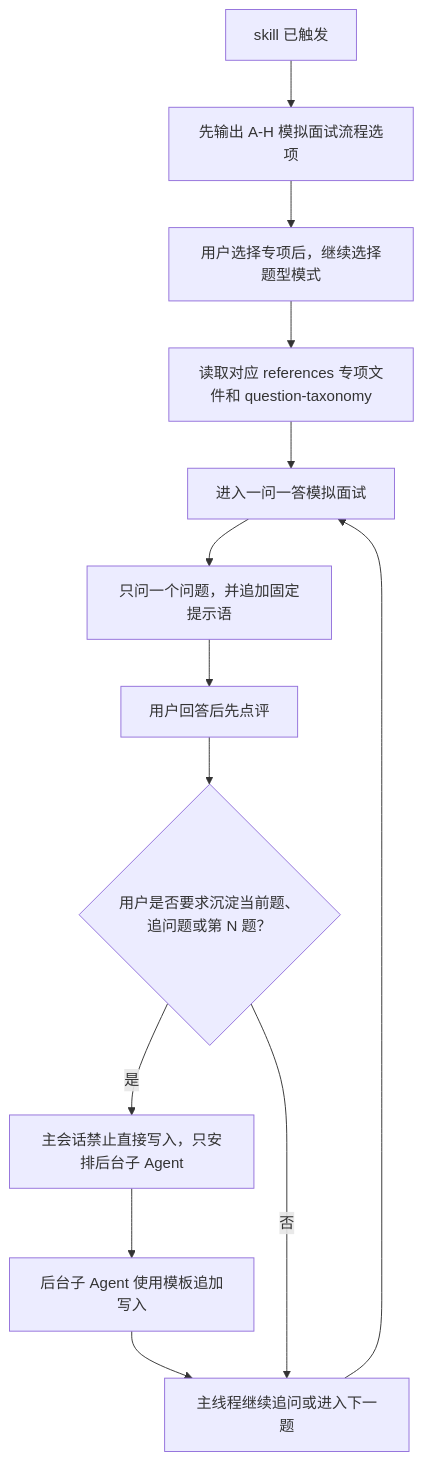
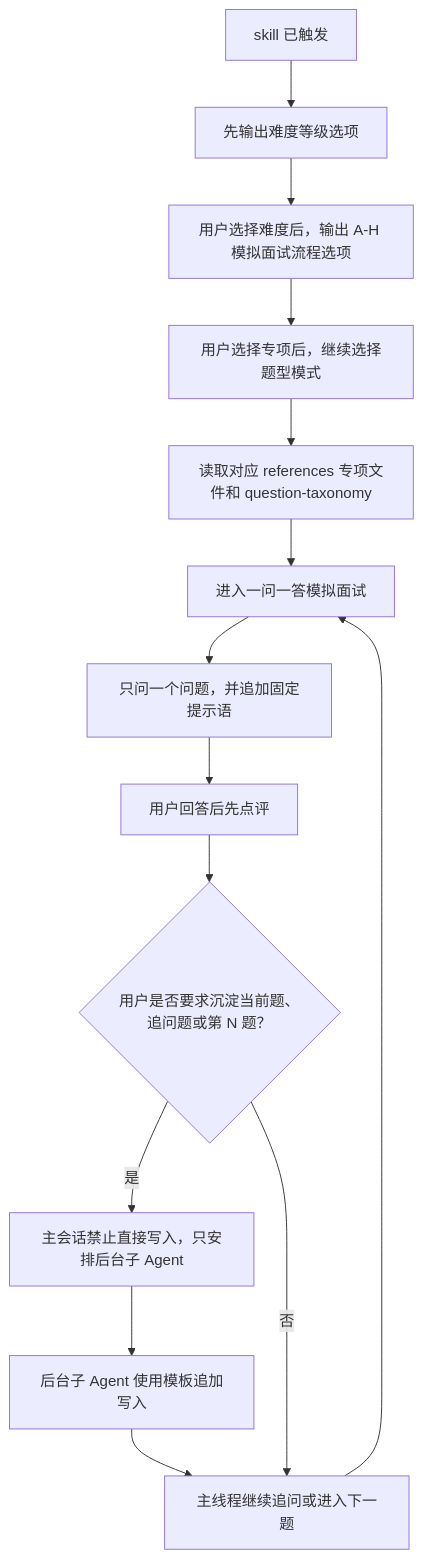
The diagram in skills/interview-mock/SKILL.md (CatNum/Fork-skills), drawn with Mermaid before and after one commit. The commit also changed other lines of this file and 10 other files, not shown here.

````diff
--- a/skills/interview-mock/SKILL.md
+++ b/skills/interview-mock/SKILL.md
@@ -22,15 +22,16 @@
 ```mermaid
 flowchart TD
-    A["skill 已触发"] --> B["先输出 A-H 模拟面试流程选项"]
-    B --> C["用户选择专项后，继续选择题型模式"]
-    C --> D["读取对应 references 专项文件和 question-taxonomy"]
-    D --> E["进入一问一答模拟面试"]
-    E --> F["只问一个问题，并追加固定提示语"]
-    F --> G["用户回答后先点评"]
-    G --> H{"用户是否要求沉淀当前题、追问题或第 N 题？"}
-    H -->|是| I["主会话禁止直接写入，只安排后台子 Agent"]
-    I --> J["后台子 Agent 使用模板追加写入"]
-    J --> K["主线程继续追问或进入下一题"]
-    H -->|否| K
-    K --> E
+    A["skill 已触发"] --> B["先输出难度等级选项"]
+    B --> C["用户选择难度后，输出 A-H 模拟面试流程选项"]
+    C --> D["用户选择专项后，继续选择题型模式"]
+    D --> E["读取对应 references 专项文件和 question-taxonomy"]
+    E --> F["进入一问一答模拟面试"]
+    F --> G["只问一个问题，并追加固定提示语"]
+    G --> H["用户回答后先点评"]
+    H --> I{"用户是否要求沉淀当前题、追问题或第 N 题？"}
+    I -->|是| J["主会话禁止直接写入，只安排后台子 Agent"]
+    J --> K["后台子 Agent 使用模板追加写入"]
+    K --> L["主线程继续追问或进入下一题"]
+    I -->|否| L
+    L --> F
 ```
````
